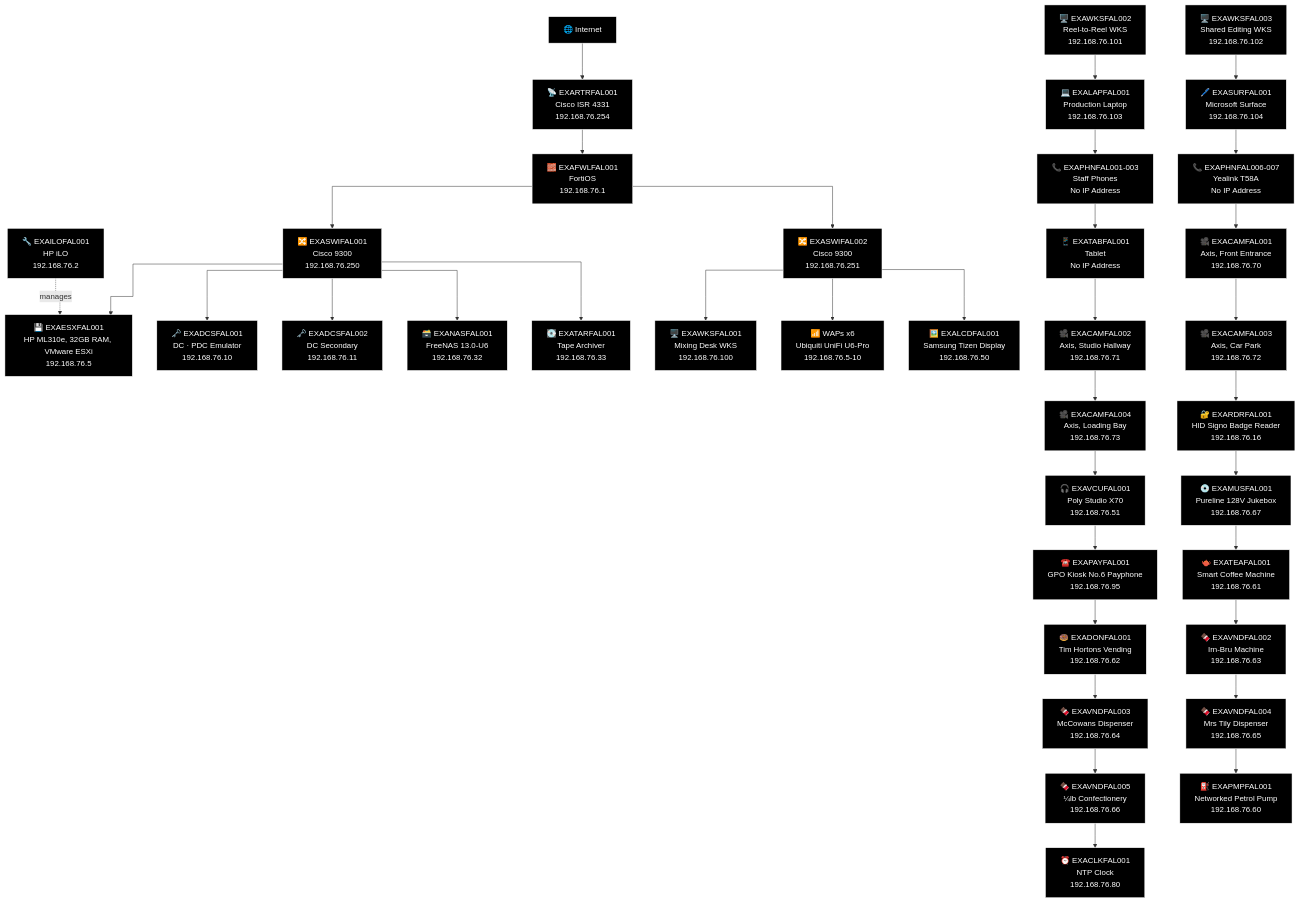
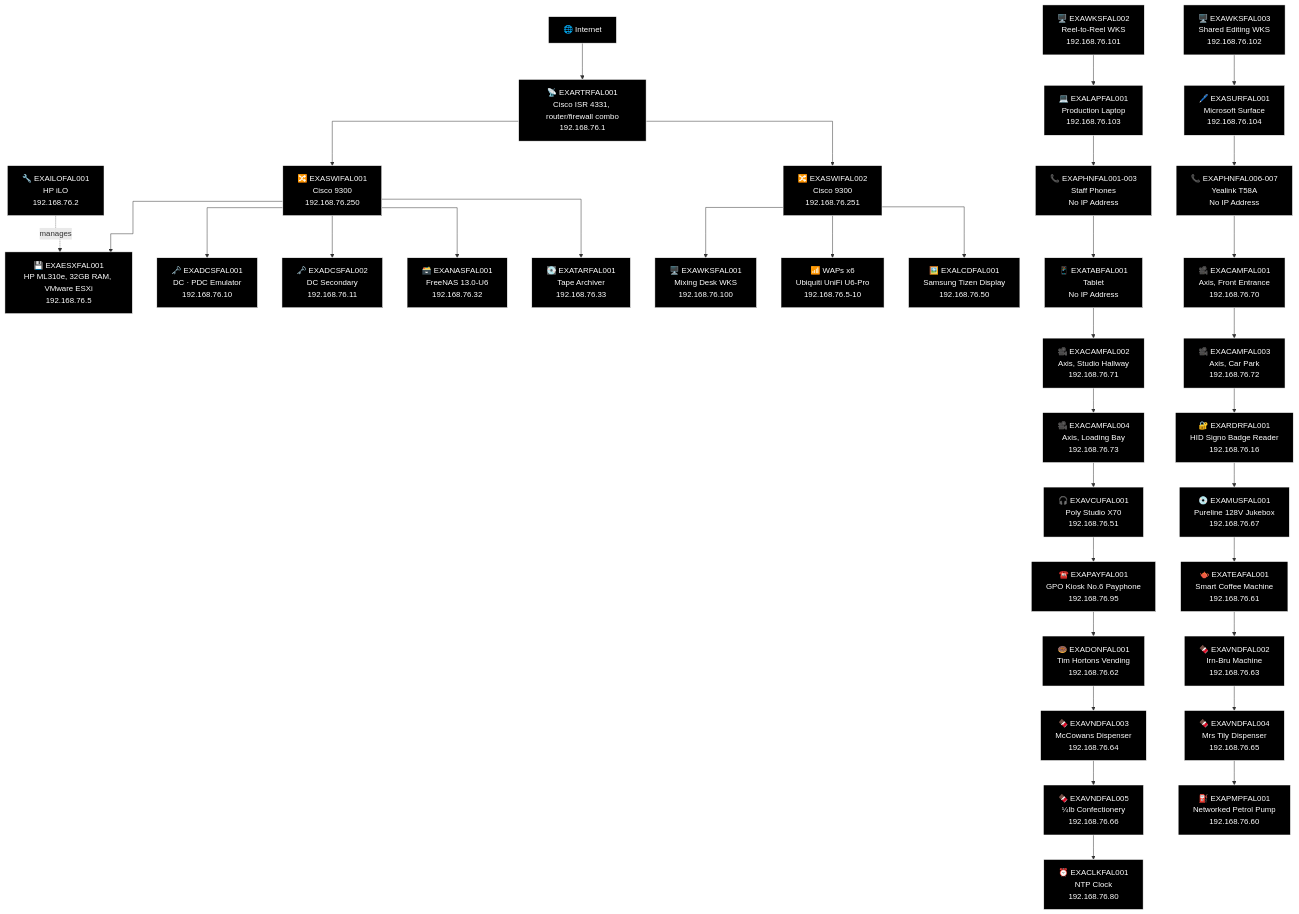
Before and after one commit to knightmare2600/example_music_infra: the first of 21 diagrams in docs/network-diagram/scotland.md, drawn with Mermaid. The commit also changed other lines of this file and 7 other files, not shown here.

```diff
--- a/docs/network-diagram/scotland.md
+++ b/docs/network-diagram/scotland.md
@@ -42,14 +42,12 @@
 %%{init: {'flowchart': {'curve': 'stepAfter'}}}%%
 graph TD
     O_INET["🌐 Internet"]
-    O_RTR["📡 EXARTRFAL001<br/>Cisco ISR 4331<br/>192.168.76.254"]
+    O_RTR["📡 EXARTRFAL001<br/>Cisco ISR 4331, router/firewall combo<br/>192.168.76.1"]
     O_INET --> O_RTR
-    O_FWL["🧱 EXAFWLFAL001<br/>FortiOS<br/>192.168.76.1"]
-    O_RTR --> O_FWL
     O_SW1["🔀 EXASWIFAL001<br/>Cisco 9300<br/>192.168.76.250"]
     O_SW2["🔀 EXASWIFAL002<br/>Cisco 9300<br/>192.168.76.251"]
-    O_FWL --> O_SW1
-    O_FWL --> O_SW2
+    O_RTR --> O_SW1
+    O_RTR --> O_SW2
 
     O_ILO["🔧 EXAILOFAL001<br/>HP iLO<br/>192.168.76.2"]
     O_ESX["💾 EXAESXFAL001<br/>HP ML310e, 32GB RAM, VMware ESXi<br/>192.168.76.5"]
@@ -102,7 +100,6 @@
 
     style O_INET fill:#000000,stroke:#FFFFFF,color:#FFFFFF
     style O_RTR fill:#000000,stroke:#FFFFFF,color:#FFFFFF
-    style O_FWL fill:#000000,stroke:#FFFFFF,color:#FFFFFF
     style O_SW1 fill:#000000,stroke:#FFFFFF,color:#FFFFFF
     style O_SW2 fill:#000000,stroke:#FFFFFF,color:#FFFFFF
     style O_ILO fill:#000000,stroke:#FFFFFF,color:#FFFFFF
```
